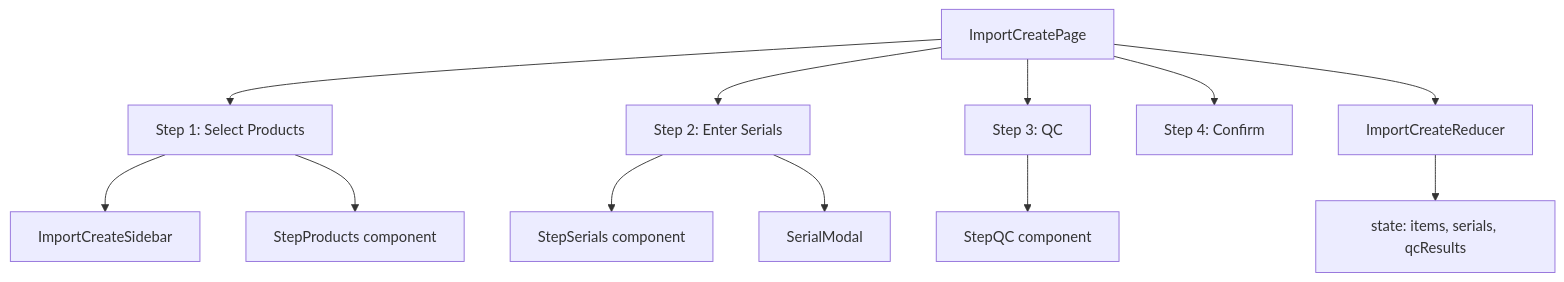
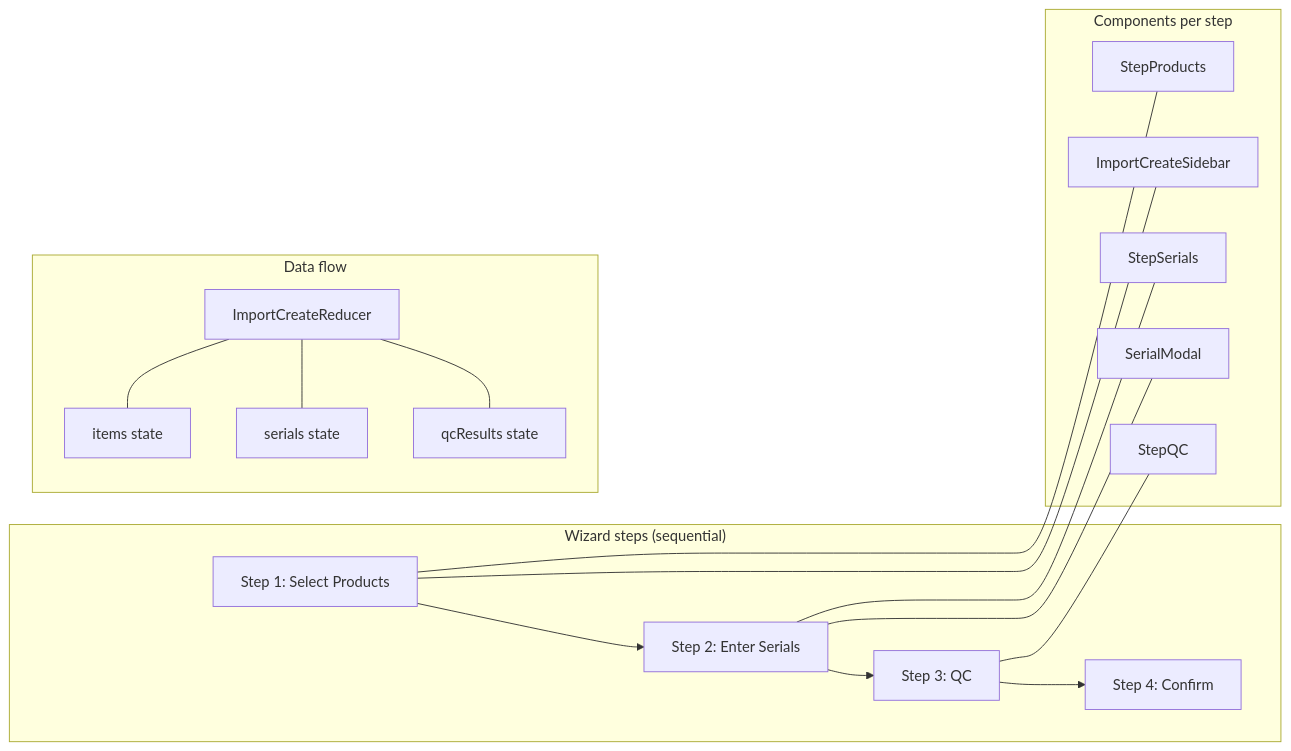
One commit to Java-Inventory-Management-System/Projects changed the first of 2 diagrams in docs/flows/fe/01-import-flow.md. Above: the diagram before and after it, drawn with Mermaid. The commit also changed other lines of this file and 3 other files, not shown here.

Commit message:
docs: reorganise FE mermaid diagrams — clean subgraph layout, fix cross-references

````diff
--- a/docs/flows/fe/01-import-flow.md
+++ b/docs/flows/fe/01-import-flow.md
@@ -32,16 +32,22 @@
 ```mermaid
-graph TD
-    A[ImportCreatePage] --> B[Step 1: Select Products]
-    A --> C[Step 2: Enter Serials]
-    A --> D[Step 3: QC]
-    A --> E[Step 4: Confirm]
+graph LR
+    subgraph "Wizard steps (sequential)"
+        S1[Step 1: Select Products] --> S2[Step 2: Enter Serials]
+        S2 --> S3[Step 3: QC]
+        S3 --> S4[Step 4: Confirm]
+    end
 
-    B --> F[ImportCreateSidebar]
-    B --> G[StepProducts component]
-    C --> H[StepSerials component]
-    C --> I[SerialModal]
-    D --> J[StepQC component]
+    subgraph "Components per step"
+        S1 --- SP[StepProducts]
+        S1 --- SB[ImportCreateSidebar]
+        S2 --- SS[StepSerials]
+        S2 --- SM[SerialModal]
+        S3 --- SQ[StepQC]
+    end
 
-    A --> K[ImportCreateReducer]
-    K --> L[state: items, serials, qcResults]
+    subgraph "Data flow"
+        RD[ImportCreateReducer] --- IT[items state]
+        RD --- SL[serials state]
+        RD --- QC[qcResults state]
+    end
 ```
````
